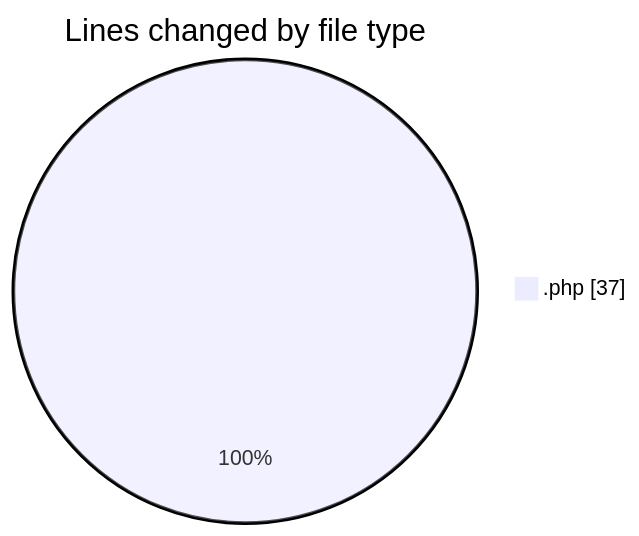
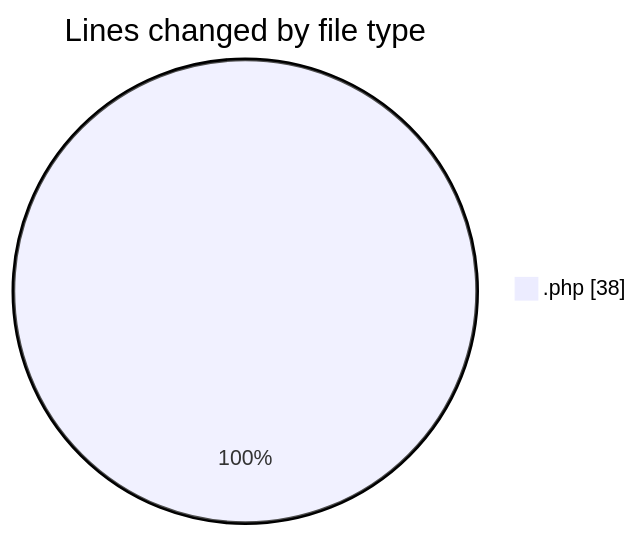
One commit to idhammustaqopulfikri/code-tracking changed the first of 2 diagrams in 2025-06-02/studio-backend/README.md. Above: the diagram before and after it, drawn with Mermaid. The commit also changed other lines of this file and 1 other file, not shown here.

````diff
--- a/2025-06-02/studio-backend/README.md
+++ b/2025-06-02/studio-backend/README.md
@@ -20,5 +20,5 @@
 ```mermaid
 pie showData
 title Lines changed by file type
-".php" : 37
+".php" : 38
 ```
````
